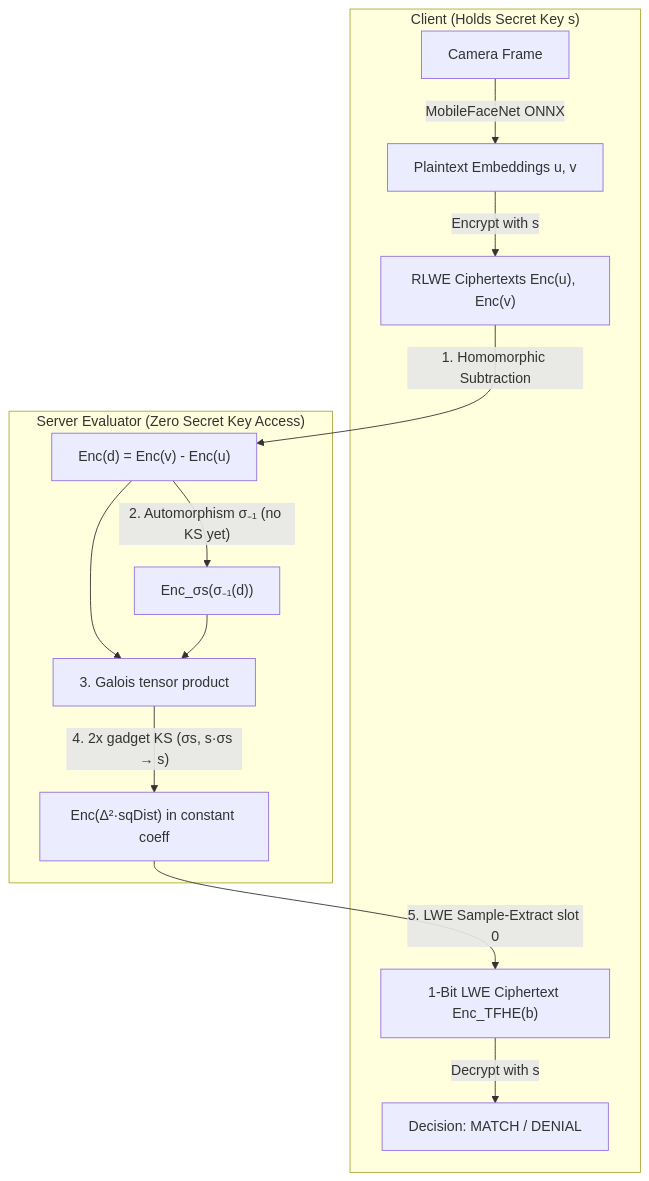
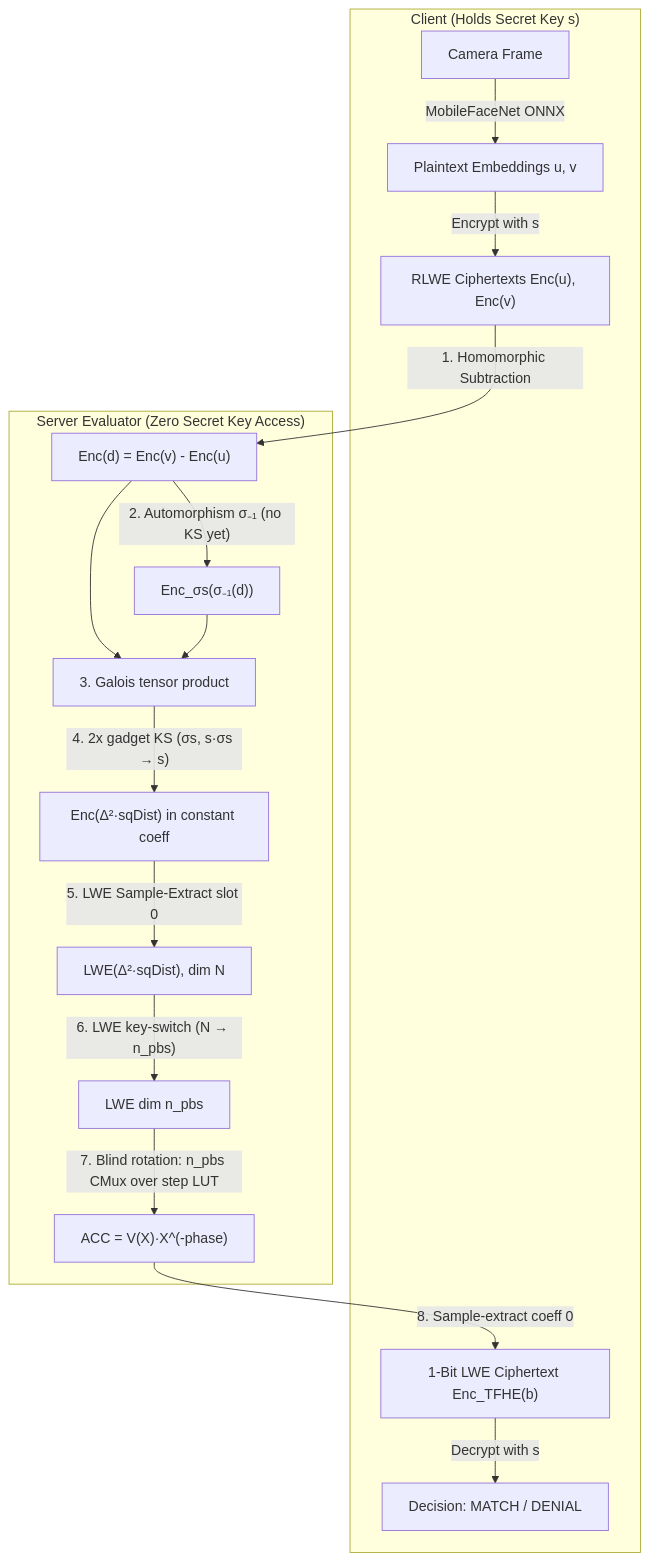
One commit to nongba0/pocket-fhe changed the second of 3 diagrams in README.md. Above: the diagram before and after it, drawn with Mermaid. The commit also changed other lines of this file and 6 other files, not shown here.

Commit message:
fix: resolve PBS key leak, align sign conventions, enforce Zero-Knowledge GGSW blind rotation

````diff
--- a/README.md
+++ b/README.md
@@ -64,17 +65,20 @@
 ```mermaid
 graph TD
     subgraph Client ["Client (Holds Secret Key s)"]
         A["Camera Frame"] -->|MobileFaceNet ONNX| B["Plaintext Embeddings u, v"]
         B -->|Encrypt with s| C["RLWE Ciphertexts Enc(u), Enc(v)"]
         H["1-Bit LWE Ciphertext Enc_TFHE(b)"] -->|Decrypt with s| I["Decision: MATCH / DENIAL"]
     end
 
     subgraph Server ["Server Evaluator (Zero Secret Key Access)"]
         C -->|1. Homomorphic Subtraction| D["Enc(d) = Enc(v) - Enc(u)"]
         D -->|"2. Automorphism σ₋₁ (no KS yet)"| E["Enc_σs(σ₋₁(d))"]
         D --> F["3. Galois tensor product"]
         E --> F
         F -->|"4. 2x gadget KS (σs, s·σs → s)"| G2["Enc(Δ²·sqDist) in constant coeff"]
-        G2 -->|5. LWE Sample-Extract slot 0| H
+        G2 -->|5. LWE Sample-Extract slot 0| P1["LWE(Δ²·sqDist), dim N"]
+        P1 -->|"6. LWE key-switch (N → n_pbs)"| P2["LWE dim n_pbs"]
+        P2 -->|"7. Blind rotation: n_pbs CMux over step LUT"| P3["ACC = V(X)·X^(-phase)"]
+        P3 -->|8. Sample-extract coeff 0| H
     end
 ```
````
